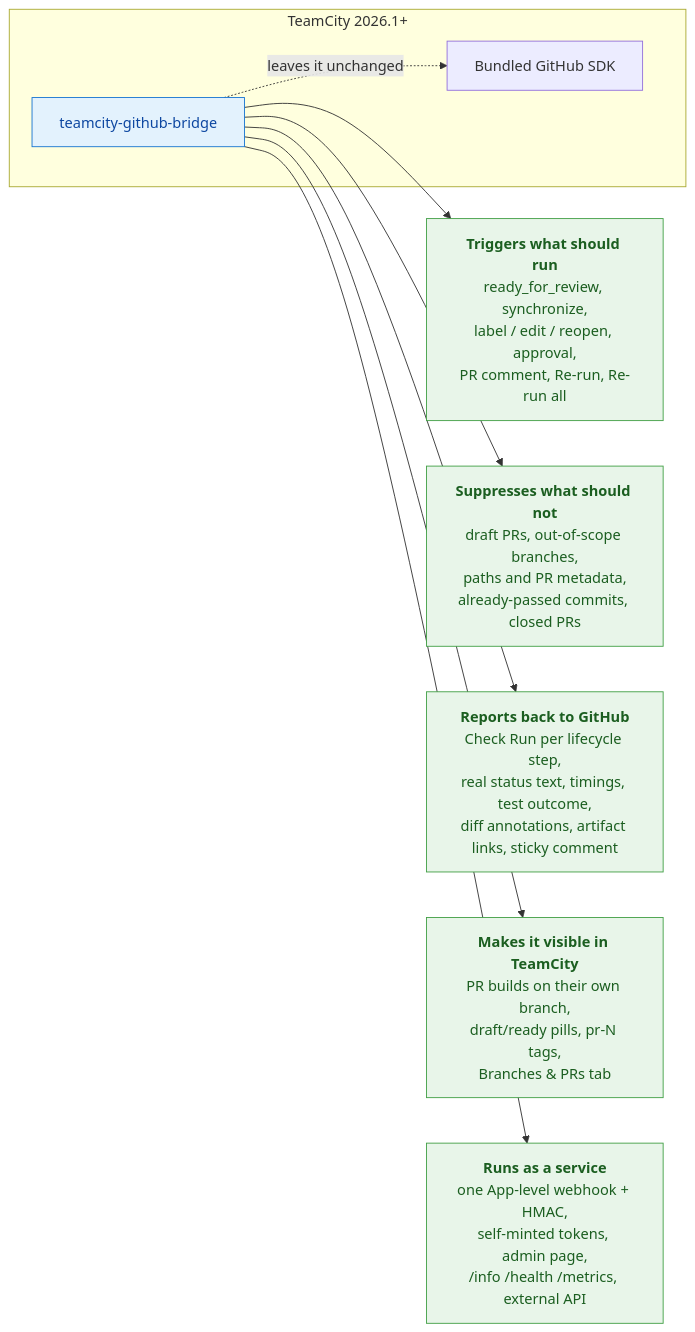
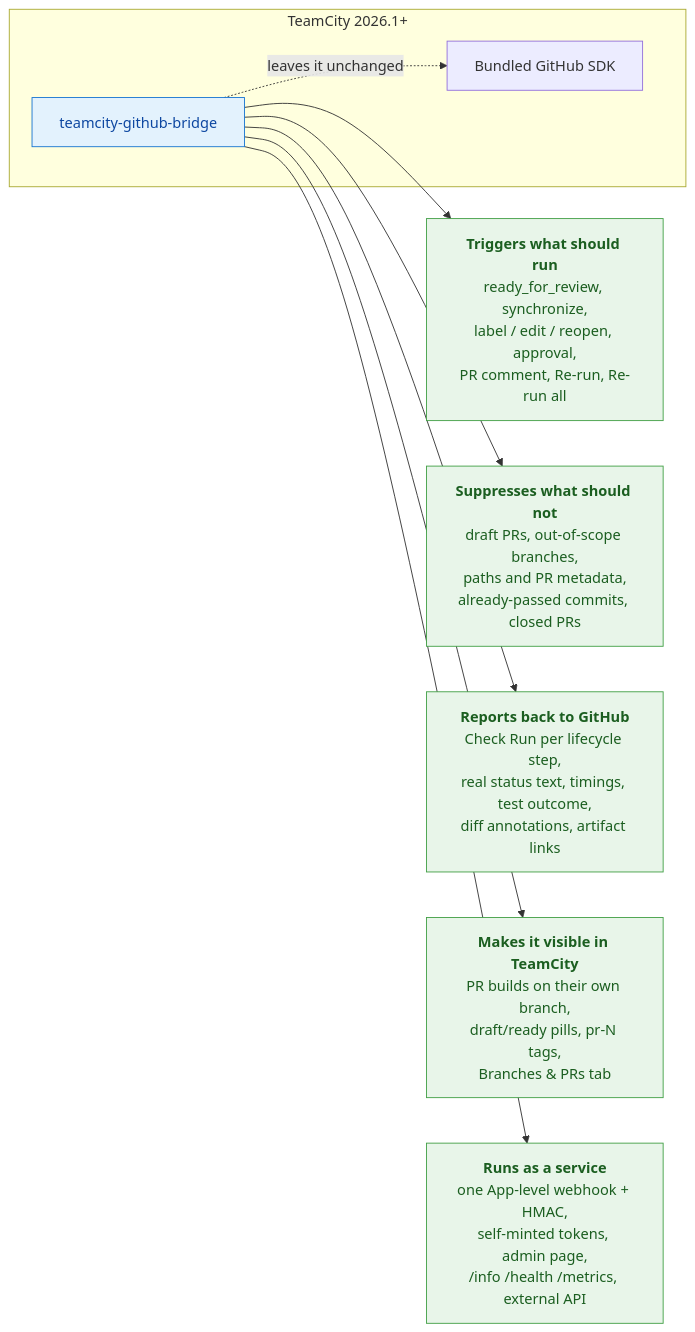
The first of 2 diagrams in README.md (Silmaen/teamcity-github), drawn with Mermaid before and after one commit. The commit also changed other lines of this file and 70 other files, not shown here.

````diff
--- a/README.md
+++ b/README.md
@@ -39,23 +45,23 @@
 ```mermaid
 flowchart LR
     classDef solved fill:#e8f5e9,stroke:#43a047,color:#1b5e20
     classDef plugin fill:#e3f2fd,stroke:#1976d2,color:#0d47a1
 
     subgraph TeamCity["TeamCity 2026.1+"]
         SDK["Bundled GitHub SDK"]
         BRIDGE["teamcity-github-bridge"]:::plugin
     end
 
     TRIG["<b>Triggers what should run</b><br/>ready_for_review, synchronize,<br/>label / edit / reopen, approval,<br/>PR comment, Re-run, Re-run all"]:::solved
     SKIP["<b>Suppresses what should not</b><br/>draft PRs, out-of-scope branches,<br/>paths and PR metadata,<br/>already-passed commits, closed PRs"]:::solved
-    PUB["<b>Reports back to GitHub</b><br/>Check Run per lifecycle step,<br/>real status text, timings, test outcome,<br/>diff annotations, artifact links, sticky comment"]:::solved
+    PUB["<b>Reports back to GitHub</b><br/>Check Run per lifecycle step,<br/>real status text, timings, test outcome,<br/>diff annotations, artifact links"]:::solved
     VIEW["<b>Makes it visible in TeamCity</b><br/>PR builds on their own branch,<br/>draft/ready pills, pr-N tags,<br/>Branches &amp; PRs tab"]:::solved
     OPS["<b>Runs as a service</b><br/>one App-level webhook + HMAC,<br/>self-minted tokens, admin page,<br/>/info /health /metrics, external API"]:::solved
 
     BRIDGE -. "leaves it unchanged" .-> SDK
     BRIDGE --> TRIG
     BRIDGE --> SKIP
     BRIDGE --> PUB
     BRIDGE --> VIEW
     BRIDGE --> OPS
 ```
````
